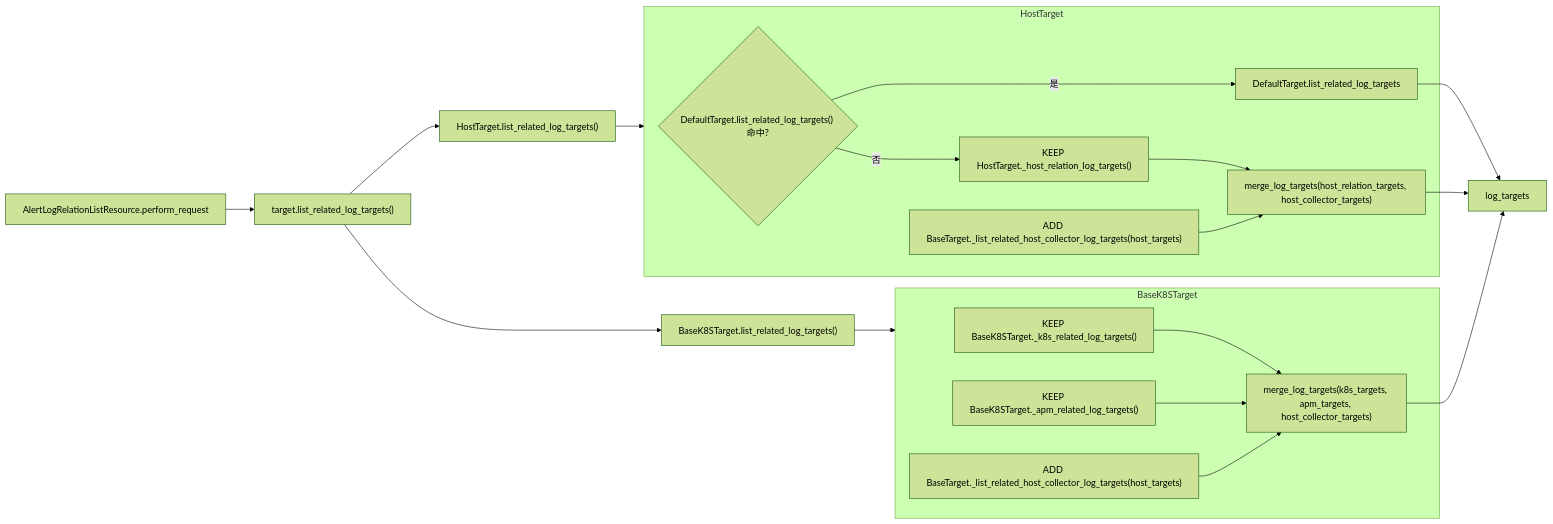
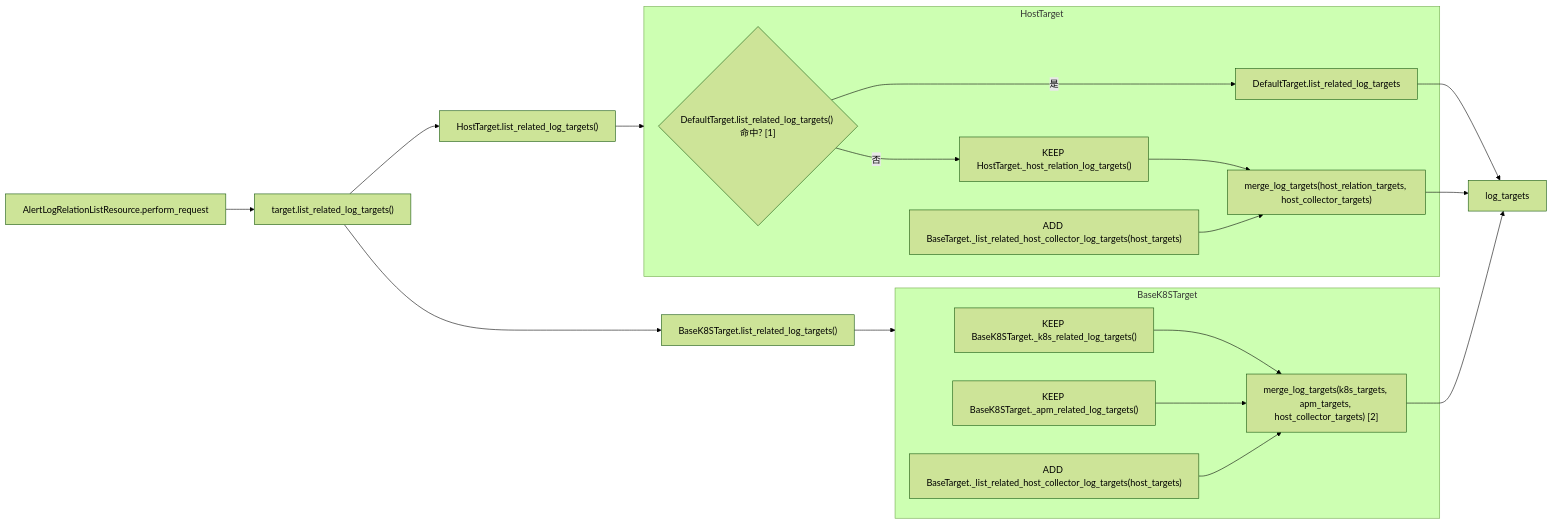
Before and after one commit to ZhuoZhuoCrayon/ai-workspace: the diagram in knowledge/bkmonitor/issues/2026-04-15-alert-detail-host-collector-log-relation/PLAN.md, drawn with Mermaid (forest theme). The commit also changed other lines of this file, not shown here.

Commit message:
docs(knowledge): streamline alert host log relation plan

````diff
--- a/knowledge/bkmonitor/issues/2026-04-15-alert-detail-host-collector-log-relation/PLAN.md
+++ b/knowledge/bkmonitor/issues/2026-04-15-alert-detail-host-collector-log-relation/PLAN.md
@@ -51,35 +37,35 @@
 ```mermaid
 flowchart LR
     A["AlertLogRelationListResource.perform_request"] --> B["target.list_related_log_targets()"]
 
     B --> H["HostTarget.list_related_log_targets()"]
     B --> K["BaseK8STarget.list_related_log_targets()"]
 
     subgraph HostTargetPlan["HostTarget"]
-        H1{"DefaultTarget.list_related_log_targets() 命中?"}
+        H1{"DefaultTarget.list_related_log_targets() 命中? [1]"}
         H2["DefaultTarget.list_related_log_targets"]
         H3["KEEP HostTarget._host_relation_log_targets()"]
         H4["ADD BaseTarget._list_related_host_collector_log_targets(host_targets)"]
         H5["merge_log_targets(host_relation_targets, host_collector_targets)"]
         H1 -- "是" --> H2
         H1 -- "否" --> H3
         H3 --> H5
         H4 --> H5
     end
 
     subgraph K8STargetPlan["BaseK8STarget"]
         K1["KEEP BaseK8STarget._k8s_related_log_targets()"]
         K2["KEEP BaseK8STarget._apm_related_log_targets()"]
         K3["ADD BaseTarget._list_related_host_collector_log_targets(host_targets)"]
-        K4["merge_log_targets(k8s_targets, apm_targets, host_collector_targets)"]
+        K4["merge_log_targets(k8s_targets, apm_targets, host_collector_targets) [2]"]
         K1 --> K4
         K2 --> K4
         K3 --> K4
     end
 
     H --> HostTargetPlan
     K --> K8STargetPlan
     H2 --> R["log_targets"]
     H5 --> R
     K4 --> R
 ```
````
